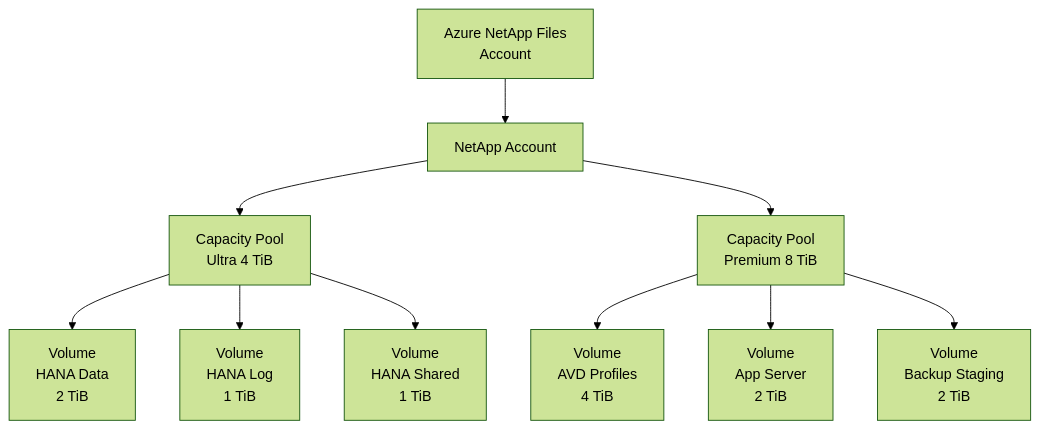
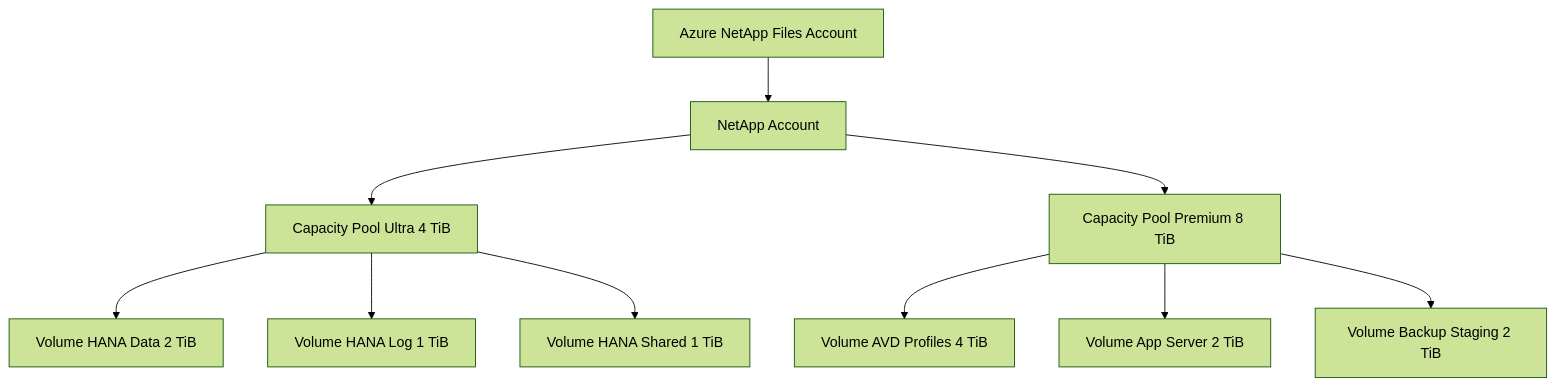
One commit to SoniiiT/notes-n-docs changed the first of 2 diagrams in Microsoft 365/Azure/Storage/Azure NetApp Files.md. Above: the diagram before and after it, drawn with Mermaid (forest theme). The commit also changed other lines of this file and 124 other files, not shown here.

First line of the commit message:
fix: Entferne \n aus allen Mermaid-Diagrammen (125 Dateien)

````diff
--- a/Microsoft 365/Azure/Storage/Azure NetApp Files.md
+++ b/Microsoft 365/Azure/Storage/Azure NetApp Files.md
@@ -72,14 +72,14 @@
 ```mermaid
 graph TD
-    ANF[Azure NetApp Files\nAccount] --> NS[NetApp Account]
-    NS --> CP1[Capacity Pool\nUltra 4 TiB]
-    NS --> CP2[Capacity Pool\nPremium 8 TiB]
+    ANF[Azure NetApp Files Account] --> NS[NetApp Account]
+    NS --> CP1[Capacity Pool Ultra 4 TiB]
+    NS --> CP2[Capacity Pool Premium 8 TiB]
 
-    CP1 --> V1[Volume\nHANA Data\n2 TiB]
-    CP1 --> V2[Volume\nHANA Log\n1 TiB]
-    CP1 --> V3[Volume\nHANA Shared\n1 TiB]
+    CP1 --> V1[Volume HANA Data 2 TiB]
+    CP1 --> V2[Volume HANA Log 1 TiB]
+    CP1 --> V3[Volume HANA Shared 1 TiB]
 
-    CP2 --> V4[Volume\nAVD Profiles\n4 TiB]
-    CP2 --> V5[Volume\nApp Server\n2 TiB]
-    CP2 --> V6[Volume\nBackup Staging\n2 TiB]
+    CP2 --> V4[Volume AVD Profiles 4 TiB]
+    CP2 --> V5[Volume App Server 2 TiB]
+    CP2 --> V6[Volume Backup Staging 2 TiB]
 ```
````
